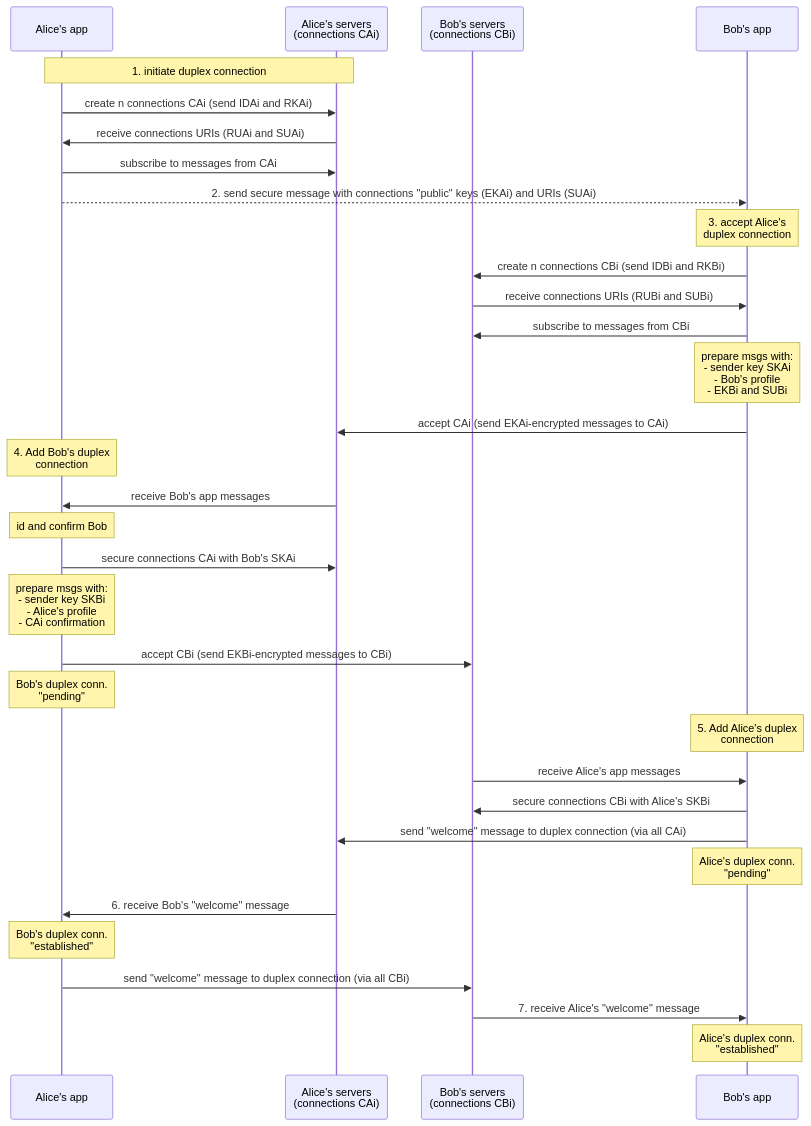
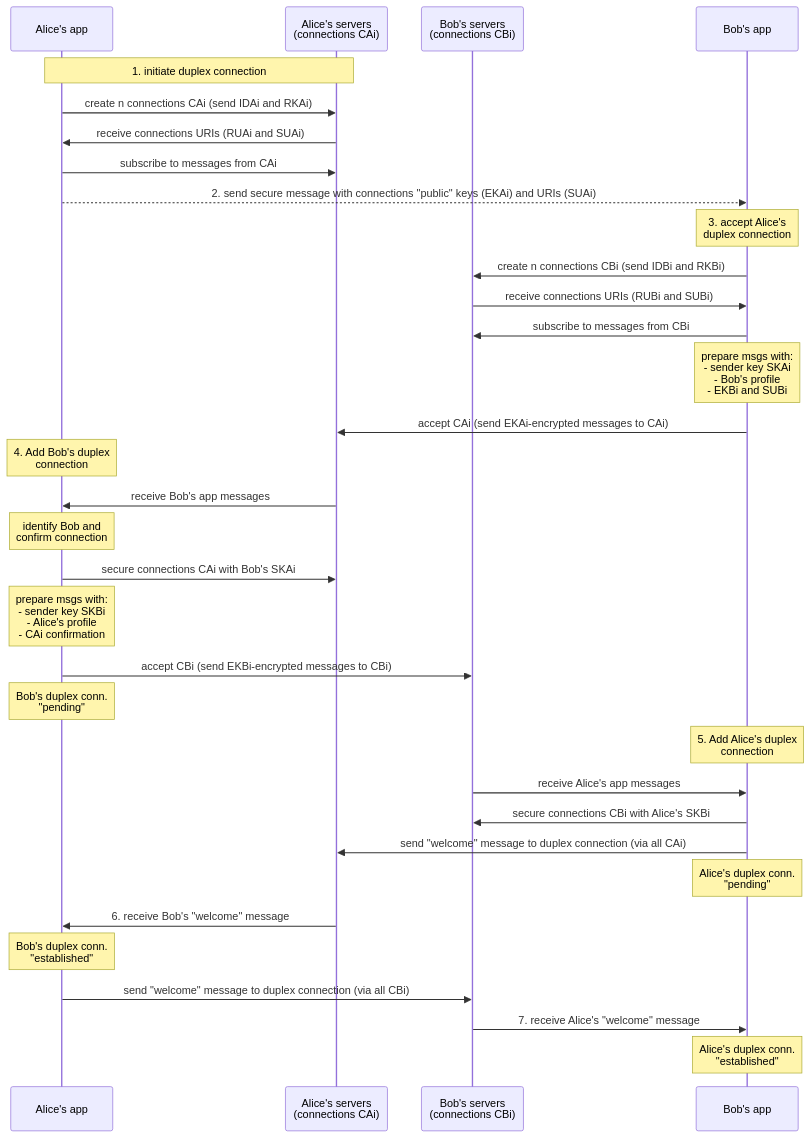
Before and after one commit to simplex-chat/simplex-chat: the diagram in diagrams/graph-chat/duplex-creating.mmd, drawn with Mermaid. The commit also changed 1 other file, not shown here.

Commit message:
clarify duplex diagram

```diff
--- a/diagrams/graph-chat/duplex-creating.mmd
+++ b/diagrams/graph-chat/duplex-creating.mmd
@@ -1,40 +1,40 @@
 sequenceDiagram
   participant A as Alice's app
   participant SA as Alice's servers <br> (connections CAi)
   participant SB as Bob's servers <br> (connections CBi)
   participant B as Bob's app
 
   note over A, SA: 1. initiate duplex connection
   A ->> SA: create n connections CAi (send IDAi and RKAi)
   SA ->> A: receive connections URIs (RUAi and SUAi)
   A ->> SA: subscribe to messages from CAi
 
   A -->> B: 2. send secure message with connections "public" keys (EKAi) and URIs (SUAi)
 
   note over B: 3. accept Alice's <br> duplex connection
   B ->> SB: create n connections CBi (send IDBi and RKBi)
   SB ->> B: receive connections URIs (RUBi and SUBi)
   B ->> SB: subscribe to messages from CBi
   note over B: prepare msgs with: <br> - sender key SKAi <br> - Bob's profile <br> - EKBi and SUBi
   B ->> SA: accept CAi (send EKAi-encrypted messages to CAi)
 
   note over A: 4. Add Bob's duplex <br> connection
   SA ->> A: receive Bob's app messages
-  note over A: id and confirm Bob
+  note over A: identify Bob and <br> confirm connection
   A ->> SA: secure connections CAi with Bob's SKAi
   note over A: prepare msgs with: <br> - sender key SKBi <br> - Alice's profile <br> - CAi confirmation
   A ->> SB: accept CBi (send EKBi-encrypted messages to CBi)
   note over A: Bob's duplex conn. <br> "pending"
 
   note over B: 5. Add Alice's duplex <br> connection
   SB ->> B: receive Alice's app messages
   B ->> SB: secure connections CBi with Alice's SKBi
   B ->> SA: send "welcome" message to duplex connection (via all CAi)
   note over B: Alice's duplex conn. <br> "pending"
 
   SA ->> A: 6. receive Bob's "welcome" message
   note over A: Bob's duplex conn. <br> "established"
   A ->> SB: send "welcome" message to duplex connection (via all CBi)
 
   SB ->> B: 7. receive Alice's "welcome" message
   note over B: Alice's duplex conn. <br> "established"
```
